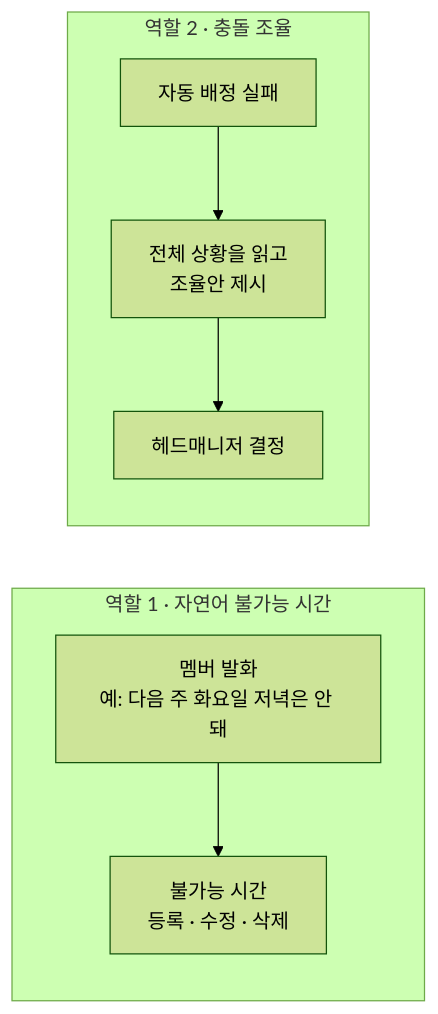
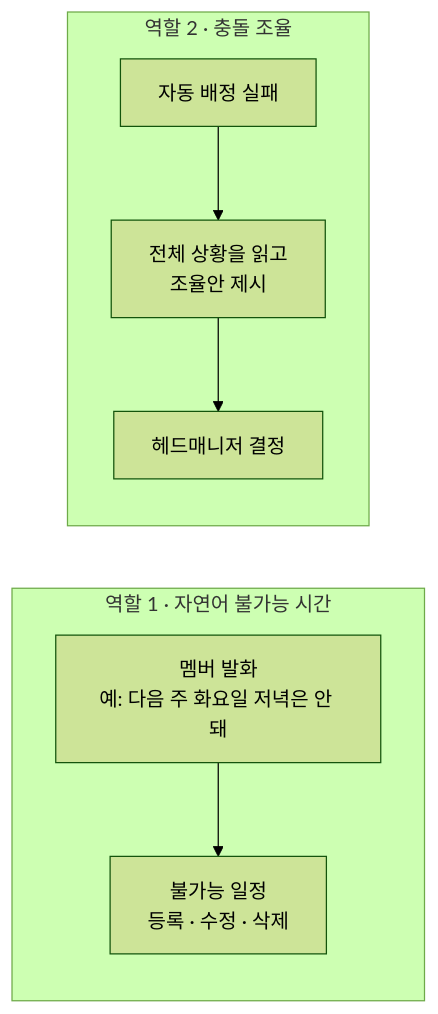
Before and after one commit to minkong-dev/Banblit: the diagram in .cluedoc/llm-assistant/README.md, drawn with Mermaid (forest theme). The commit also changed other lines of this file and 188 other files, not shown here.

````diff
--- a/.cluedoc/llm-assistant/README.md
+++ b/.cluedoc/llm-assistant/README.md
@@ -8,9 +8,9 @@
 ```mermaid
 flowchart LR
     subgraph R1[역할 1 · 자연어 불가능 시간]
-        A["멤버 발화<br/>예: 다음 주 화요일 저녁은 안 돼"] --> B[불가능 시간<br/>등록 · 수정 · 삭제]
+        A["멤버 발화<br/>예: 다음 주 화요일 저녁은 안 돼"] --> B[불가능 일정<br/>등록 · 수정 · 삭제]
     end
     subgraph R2[역할 2 · 충돌 조율]
         C[자동 배정 실패] --> D[전체 상황을 읽고<br/>조율안 제시] --> E[헤드매니저 결정]
     end
 ```
````
